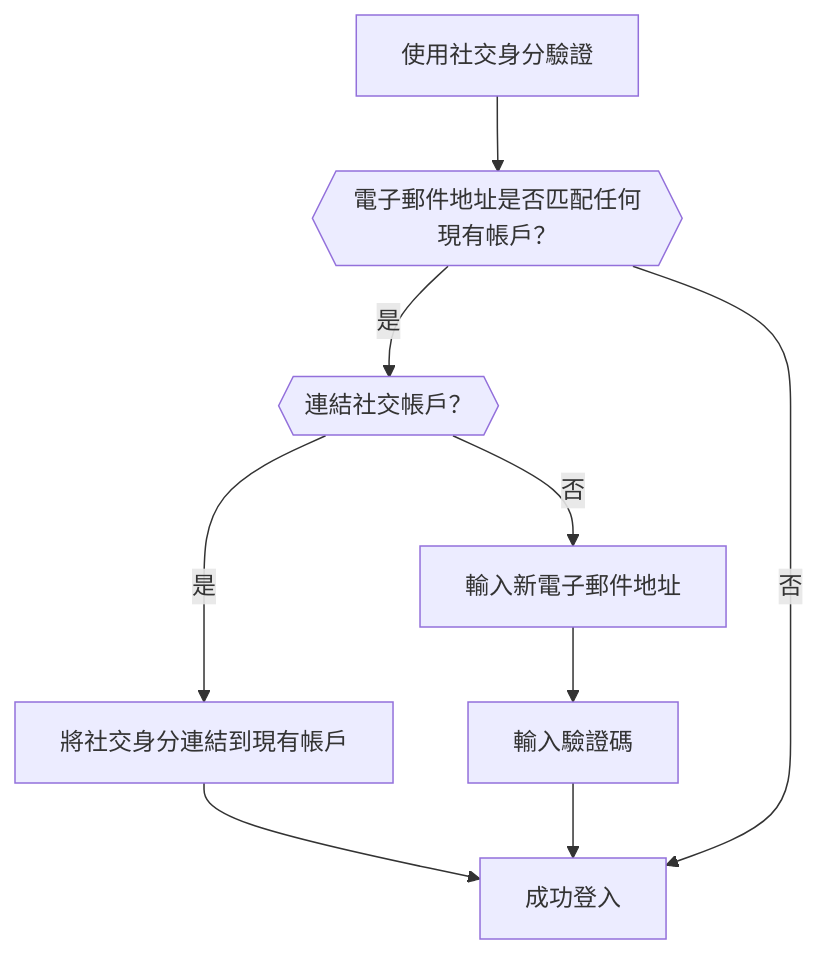
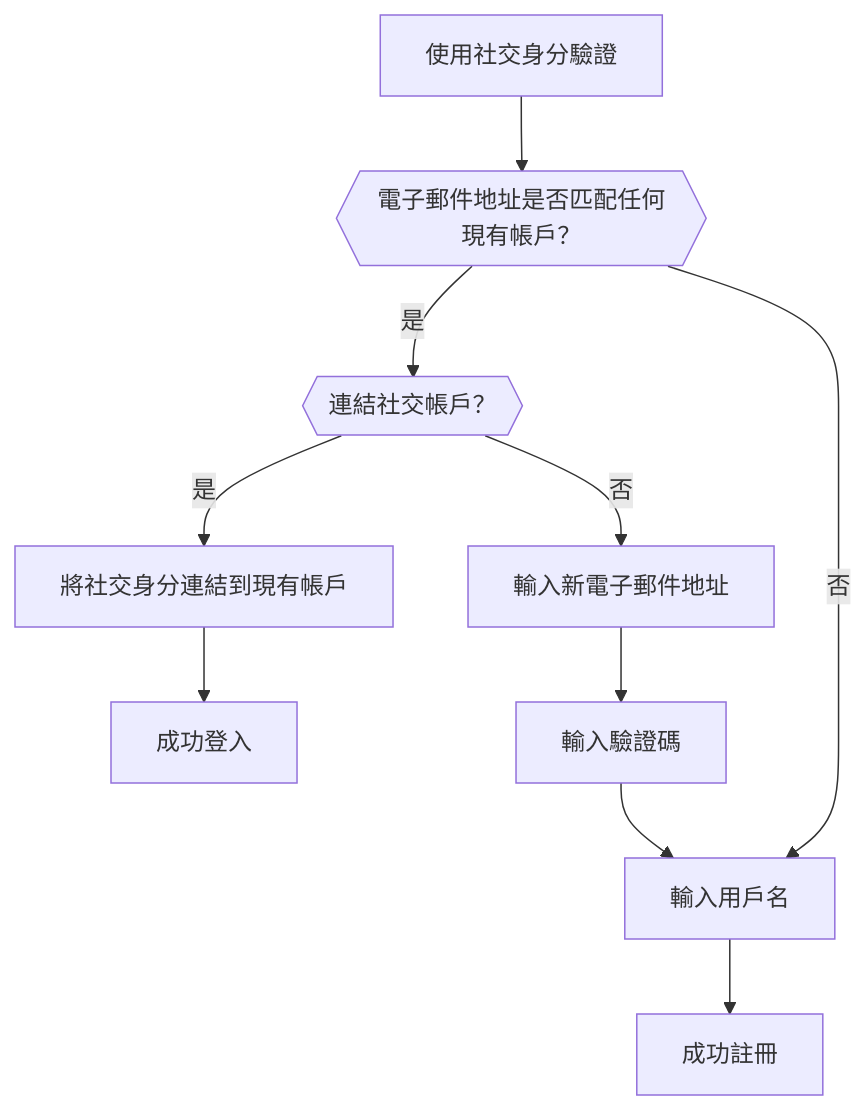
Before and after one commit to logto-io/docs: the sixth of 6 diagrams in i18n/zh-TW/docusaurus-plugin-content-docs/current/end-user-flows/sign-up-and-sign-in/social-sign-in.mdx, drawn with Mermaid. The commit also changed other lines of this file and 407 other files, not shown here.

````diff
--- a/i18n/zh-TW/docusaurus-plugin-content-docs/current/end-user-flows/sign-up-and-sign-in/social-sign-in.mdx
+++ b/i18n/zh-TW/docusaurus-plugin-content-docs/current/end-user-flows/sign-up-and-sign-in/social-sign-in.mdx
@@ -152,11 +159,12 @@
    ```mermaid
       flowchart TD
        A[使用社交身分驗證] --> B{{電子郵件地址是否匹配任何現有帳戶？}}
        B -- 是 --> C{{連結社交帳戶？}}
        C -- 是 --> D[將社交身分連結到現有帳戶]
        D --> E[成功登入]
        C -- 否 --> F[輸入新電子郵件地址]
        F --> G[輸入驗證碼]
-       G --> E
-       B -- 否 --> E
+       G --> H[輸入用戶名]
+       H --> I[成功註冊]
+       B -- 否 --> H
    ```
````
